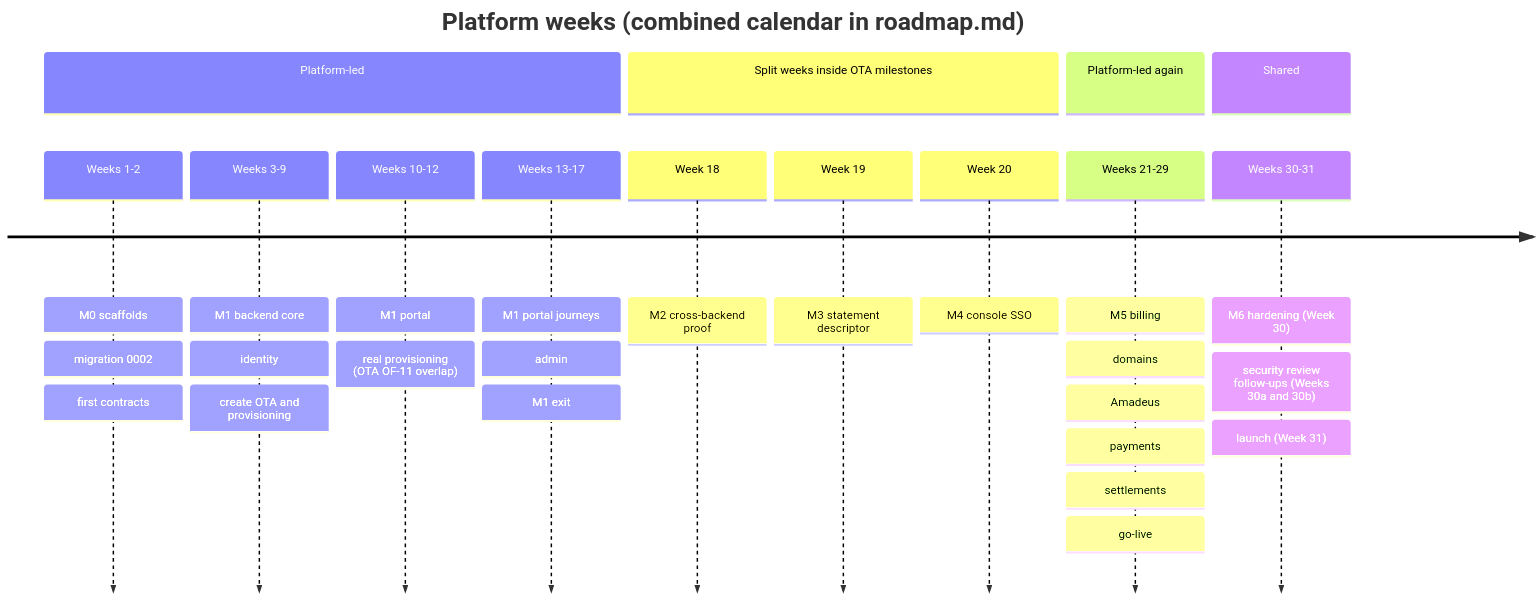
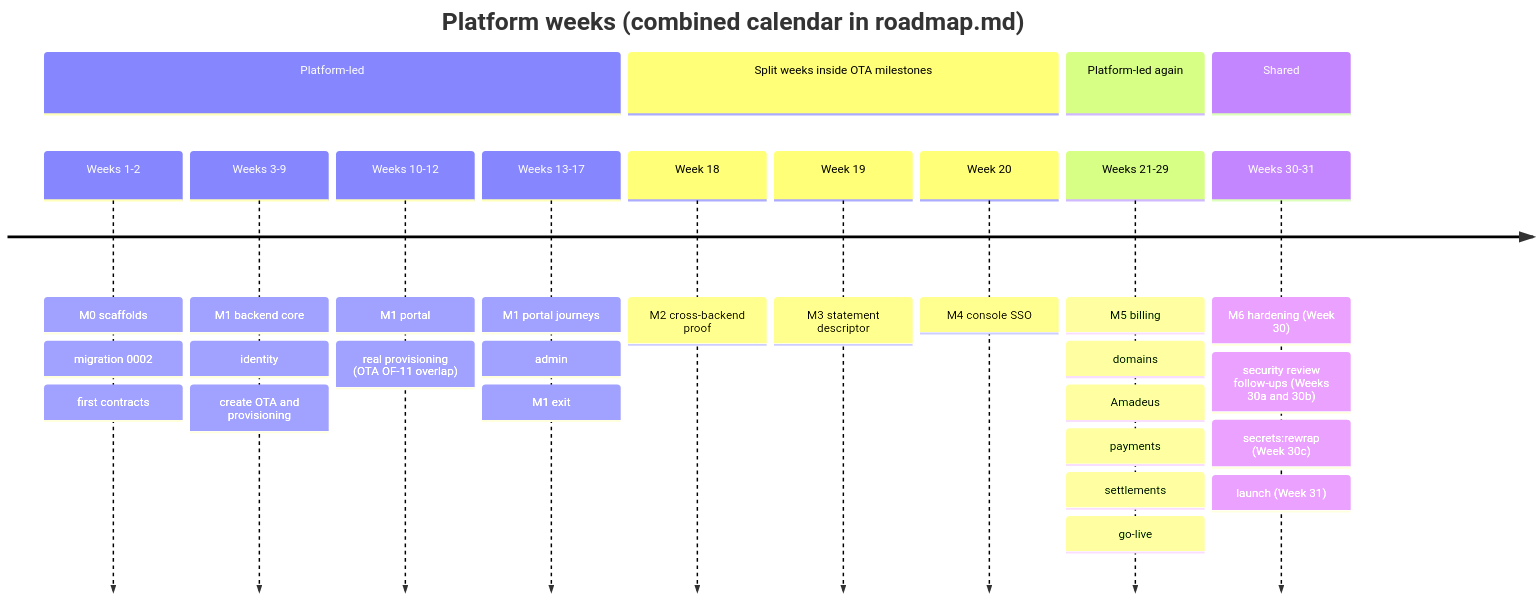
Before and after one commit to bhagwati-prasad/velexis-ota: the diagram in platform/docs/plans/solo-developer-plan.md, drawn with Mermaid. The commit also changed other lines of this file and 33 other files, not shown here.

First line of the commit message:
fix: plan the console setting, reconciliation close and rewrap tasks, re-baseline the roadmap, run E2E before every deploy, and check the SSH source address

````diff
--- a/platform/docs/plans/solo-developer-plan.md
+++ b/platform/docs/plans/solo-developer-plan.md
@@ -60,17 +61,17 @@
 ```mermaid
 timeline
   title Platform weeks (combined calendar in roadmap.md)
   section Platform-led
     Weeks 1-2 : M0 scaffolds : migration 0002 : first contracts
     Weeks 3-9 : M1 backend core : identity : create OTA and provisioning
     Weeks 10-12 : M1 portal : real provisioning (OTA OF-11 overlap)
     Weeks 13-17 : M1 portal journeys : admin : M1 exit
   section Split weeks inside OTA milestones
     Week 18 : M2 cross-backend proof
     Week 19 : M3 statement descriptor
     Week 20 : M4 console SSO
   section Platform-led again
     Weeks 21-29 : M5 billing : domains : Amadeus : payments : settlements : go-live
   section Shared
-    Weeks 30-31 : M6 hardening (Week 30) : security review follow-ups (Weeks 30a and 30b) : launch (Week 31)
+    Weeks 30-31 : M6 hardening (Week 30) : security review follow-ups (Weeks 30a and 30b) : secrets:rewrap (Week 30c) : launch (Week 31)
 ```
````
